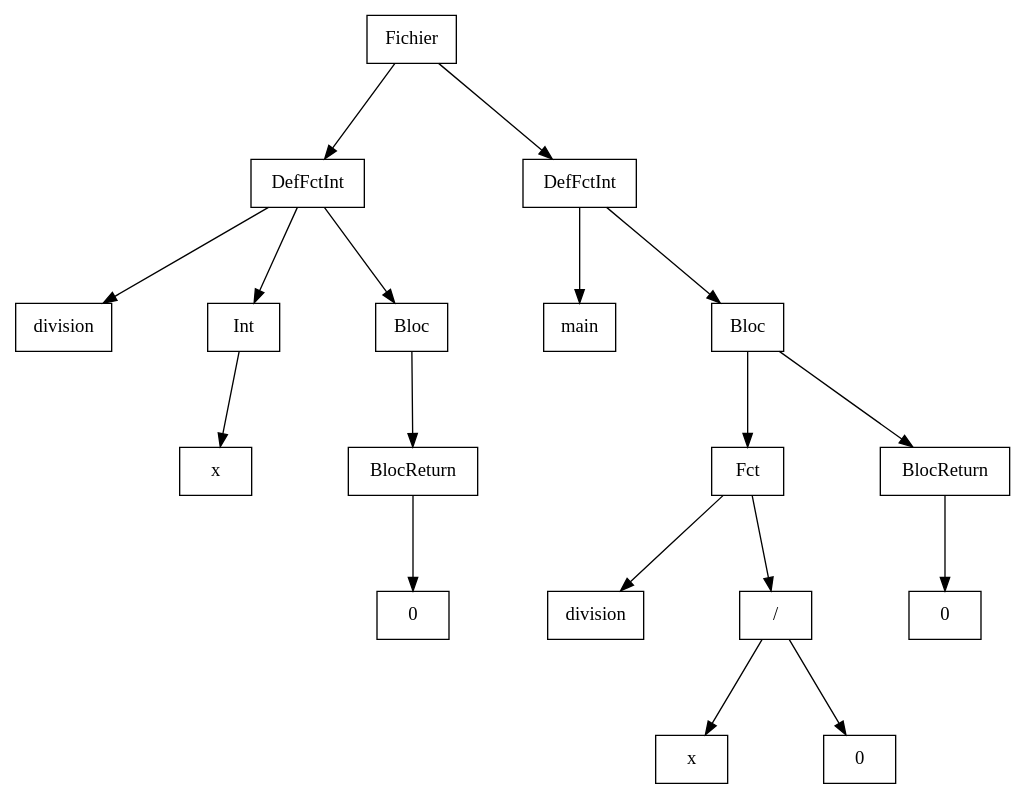
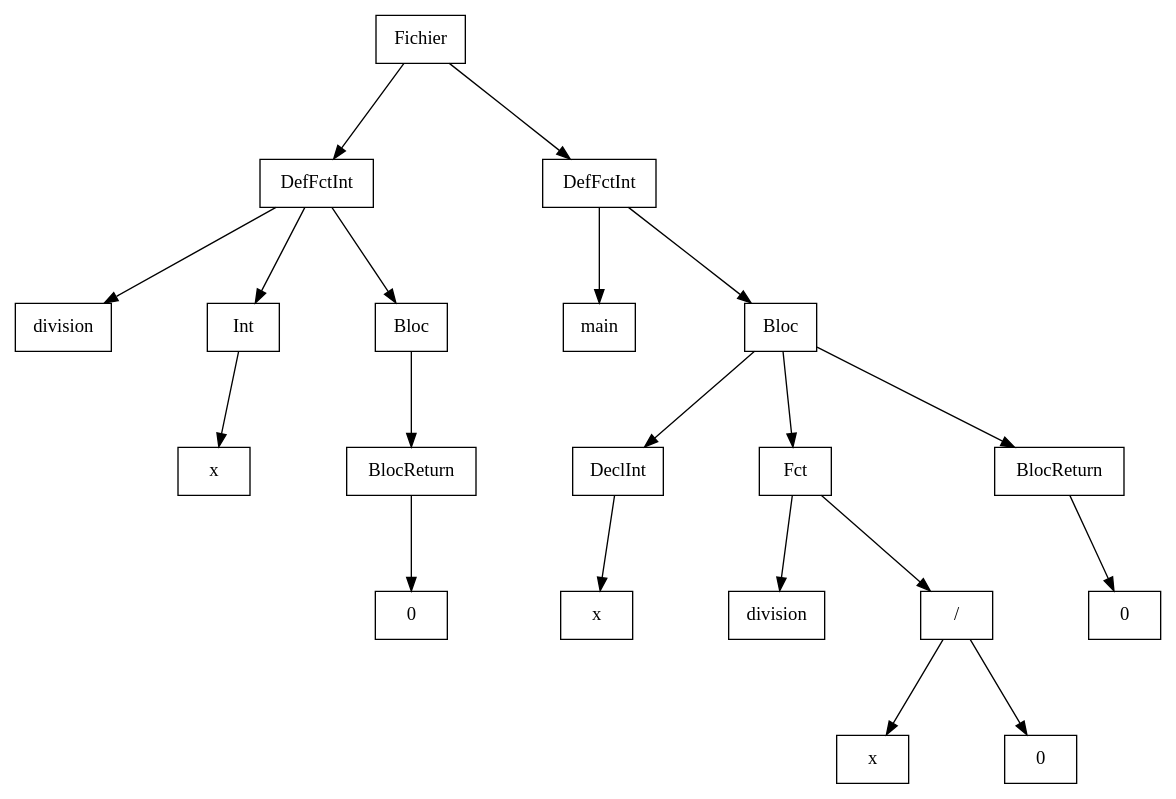
Before and after one commit to Hamza-ABDOULHOUSSEN/compil: the diagram in Code/out/ast/dot/Test_Erreur_Semantique/divis_zero2Y.dot, drawn with Graphviz. The commit also changed 51 other files, not shown here.

```diff
--- a/Code/out/ast/dot/Test_Erreur_Semantique/divis_zero2Y.dot
+++ b/Code/out/ast/dot/Test_Erreur_Semantique/divis_zero2Y.dot
@@ -1,42 +1,46 @@
 digraph "ast"{
 
 	nodesep=1;
 	ranksep=1;
 
 	N0 [label="Fichier", shape="box"];
 	N1 [label="DefFctInt", shape="box"];
 	N2 [label="division", shape="box"];
 	N3 [label="Int", shape="box"];
 	N4 [label="x", shape="box"];
 	N5 [label="Bloc", shape="box"];
 	N6 [label="BlocReturn", shape="box"];
 	N7 [label="0", shape="box"];
 	N8 [label="DefFctInt", shape="box"];
 	N9 [label="main", shape="box"];
 	N10 [label="Bloc", shape="box"];
-	N11 [label="Fct", shape="box"];
-	N12 [label="division", shape="box"];
-	N13 [label="/", shape="box"];
-	N14 [label="x", shape="box"];
-	N15 [label="0", shape="box"];
-	N16 [label="BlocReturn", shape="box"];
+	N11 [label="DeclInt", shape="box"];
+	N12 [label="x", shape="box"];
+	N13 [label="Fct", shape="box"];
+	N14 [label="division", shape="box"];
+	N15 [label="/", shape="box"];
+	N16 [label="x", shape="box"];
 	N17 [label="0", shape="box"];
+	N18 [label="BlocReturn", shape="box"];
+	N19 [label="0", shape="box"];
 
 	N1 -> N2; 
 	N3 -> N4; 
 	N1 -> N3; 
 	N6 -> N7; 
 	N5 -> N6; 
 	N1 -> N5; 
 	N0 -> N1; 
 	N8 -> N9; 
 	N11 -> N12; 
+	N10 -> N11; 
 	N13 -> N14; 
+	N15 -> N16; 
+	N15 -> N17; 
 	N13 -> N15; 
-	N11 -> N13; 
-	N10 -> N11; 
-	N16 -> N17; 
-	N10 -> N16; 
+	N10 -> N13; 
+	N18 -> N19; 
+	N10 -> N18; 
 	N8 -> N10; 
 	N0 -> N8; 
 }
```
